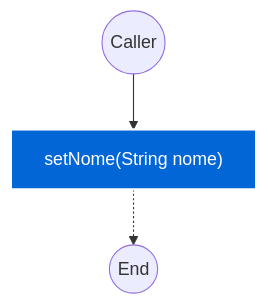
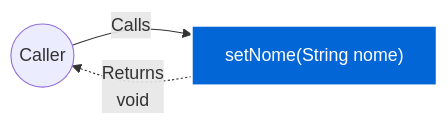
One commit to FelipeMCassiano/geanky changed the second of 5 diagrams in docs/UserModel.md. Above: the diagram before and after it, drawn with Mermaid. The commit also changed other lines of this file and 6 other files, not shown here.

````diff
--- a/docs/UserModel.md
+++ b/docs/UserModel.md
@@ -99,11 +99,9 @@
 ```mermaid
-flowchart TD
+flowchart LR
     classDef methodNode fill:#0366d6,stroke:#fff,stroke-width:2px,color:#fff;
-    classDef callNode fill:#f1f8ff,stroke:#0366d6,color:#24292f;
-    classDef ifNode fill:#fff8c5,stroke:#d73a49,color:#24292f;
-    classDef retNode fill:#28a745,stroke:#fff,color:#fff;
+    Caller(("Caller"))
+    Method["setNome(String nome)"]:::methodNode
 
-    START(("Caller")) --> M_ENTRY["setNome(String nome)"]:::methodNode
-    M_ENTRY -.-> END(("End"))
-
+    Caller -- "Calls" --> Method
+    Method -. "Returns<br>void" .-> Caller
 ```
````
